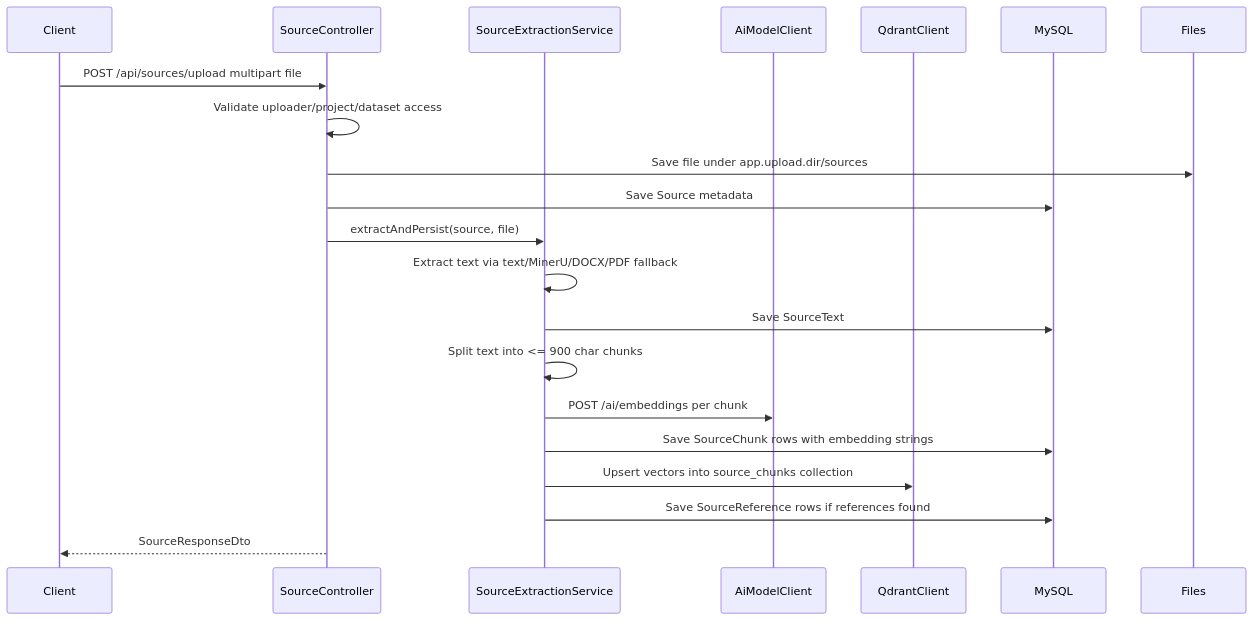
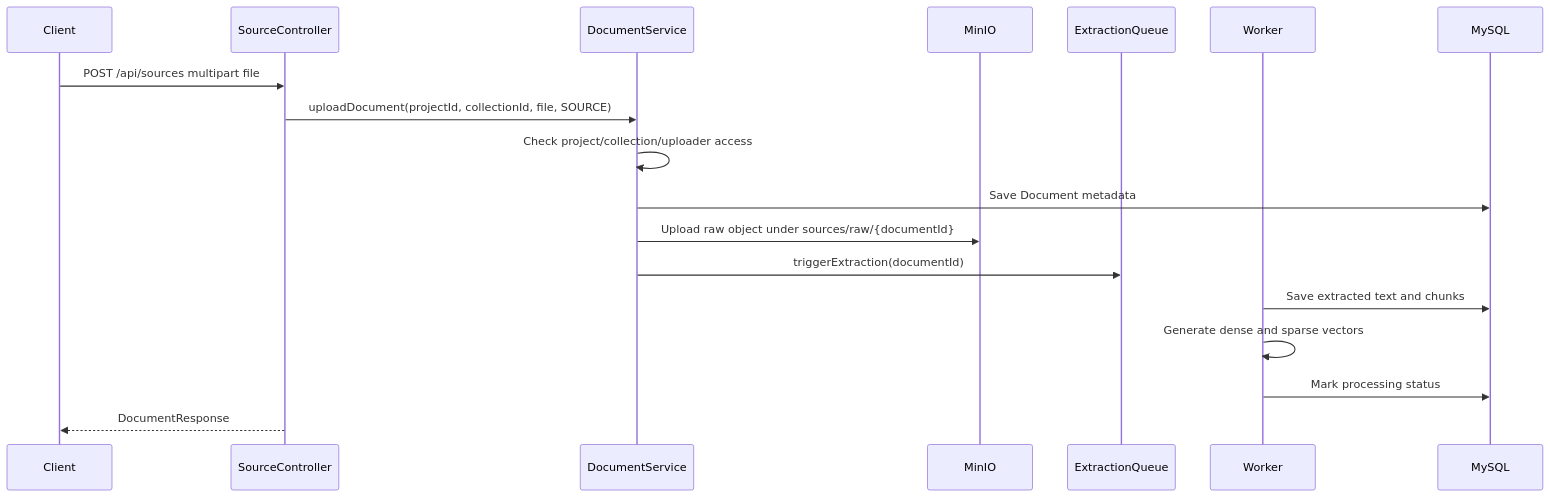
Before and after one commit to MinhKien17/SEP490_Prototype: the sixth of 10 diagrams in README.md, drawn with Mermaid. The commit also changed other lines of this file, not shown here.

````diff
--- a/README.md
+++ b/README.md
@@ -273,24 +285,21 @@
 ```mermaid
 sequenceDiagram
     participant Client
     participant SourceController
-    participant SourceExtractionService
-    participant AiModelClient
-    participant QdrantClient
+    participant DocumentService
+    participant MinIO
+    participant ExtractionQueue
+    participant Worker
     participant MySQL
-    participant Files
 
-    Client->>SourceController: POST /api/sources/upload multipart file
-    SourceController->>SourceController: Validate uploader/project/dataset access
-    SourceController->>Files: Save file under app.upload.dir/sources
-    SourceController->>MySQL: Save Source metadata
-    SourceController->>SourceExtractionService: extractAndPersist(source, file)
-    SourceExtractionService->>SourceExtractionService: Extract text via text/MinerU/DOCX/PDF fallback
-    SourceExtractionService->>MySQL: Save SourceText
-    SourceExtractionService->>SourceExtractionService: Split text into <= 900 char chunks
-    SourceExtractionService->>AiModelClient: POST /ai/embeddings per chunk
-    SourceExtractionService->>MySQL: Save SourceChunk rows with embedding strings
-    SourceExtractionService->>QdrantClient: Upsert vectors into source_chunks collection
-    SourceExtractionService->>MySQL: Save SourceReference rows if references found
-    SourceController-->>Client: SourceResponseDto
+    Client->>SourceController: POST /api/sources multipart file
+    SourceController->>DocumentService: uploadDocument(projectId, collectionId, file, SOURCE)
+    DocumentService->>DocumentService: Check project/collection/uploader access
+    DocumentService->>MySQL: Save Document metadata
+    DocumentService->>MinIO: Upload raw object under sources/raw/{documentId}
+    DocumentService->>ExtractionQueue: triggerExtraction(documentId)
+    Worker->>MySQL: Save extracted text and chunks
+    Worker->>Worker: Generate dense and sparse vectors
+    Worker->>MySQL: Mark processing status
+    SourceController-->>Client: DocumentResponse
 ```
````
